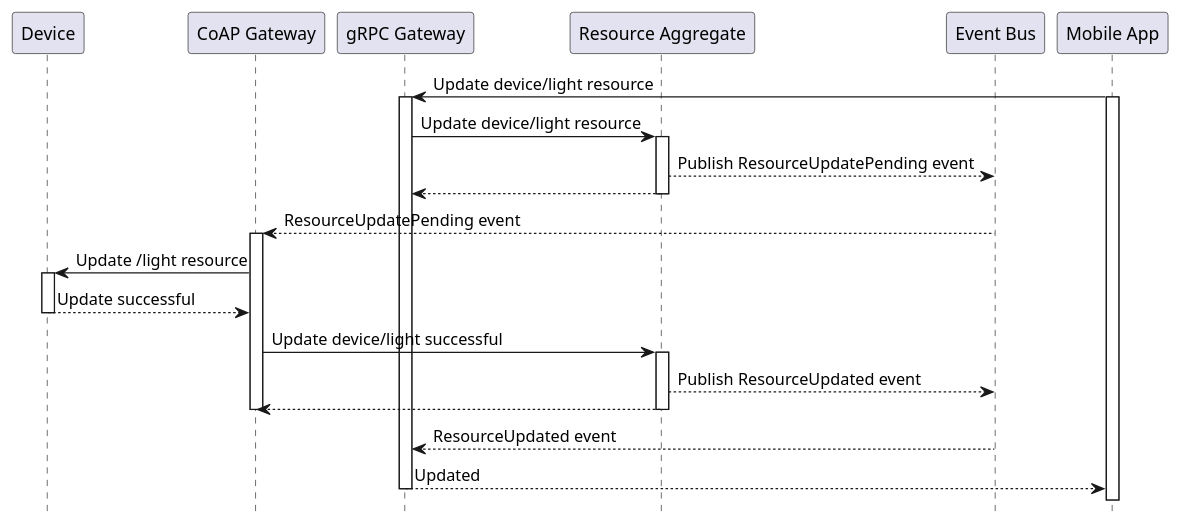
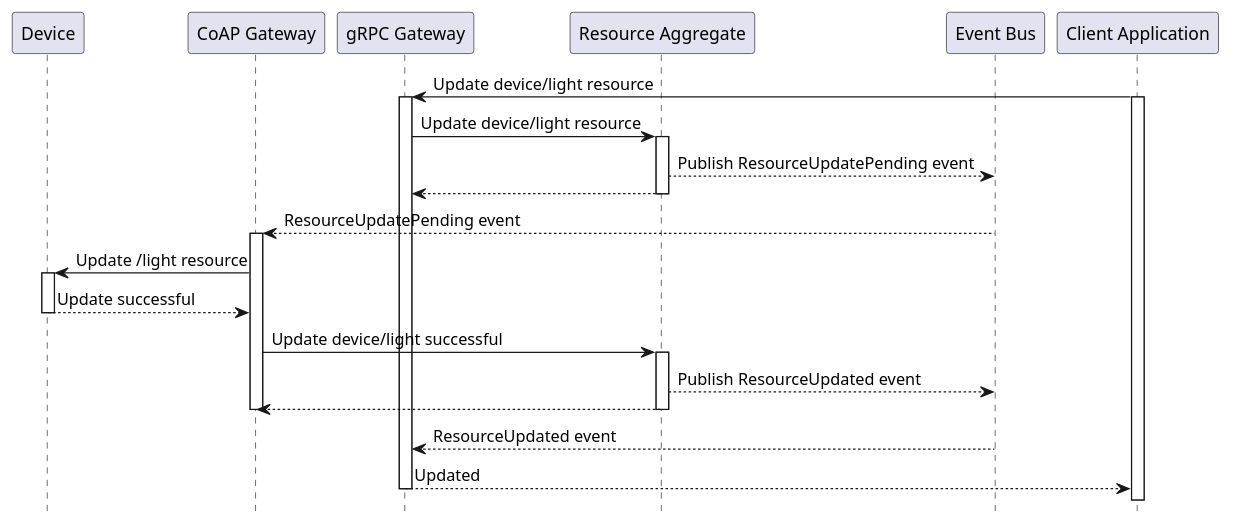
One commit to plgd-dev/doc changed the fifth of 7 diagrams in content/en/docs/architecture/component-overview.md. Above: the diagram before and after it, drawn with PlantUML. The commit also changed other lines of this file and 3 other files, not shown here.

First line of the commit message:
fix quickstart for client application (#86)

```diff
--- a/content/en/docs/architecture/component-overview.md
+++ b/content/en/docs/architecture/component-overview.md
@@ -196,30 +196,30 @@
 {{< plantuml id="resource-update" >}}
 @startuml Sequence
 skinparam backgroundColor transparent
 hide footbox
 
 participant D as "Device"
 participant CGW as "CoAP Gateway"
 participant GGW as "gRPC Gateway"
 participant RA as "Resource Aggregate"
 participant EB as "Event Bus"
-participant C as "Mobile App"
+participant C as "Client Application"
 
 C -> GGW ++: Update device/light resource
 activate C
 GGW -> RA ++: Update device/light resource
 RA --> EB: Publish ResourceUpdatePending event
 return
 EB --> CGW: ResourceUpdatePending event
 activate CGW
 CGW -> D ++: Update /light resource
 return Update successful
 CGW -> RA ++: Update device/light successful
 RA --> EB: Publish ResourceUpdated event
 return
 deactivate CGW
 EB --> GGW: ResourceUpdated event
 return Updated
 
 @enduml
 {{< /plantuml >}}
```
